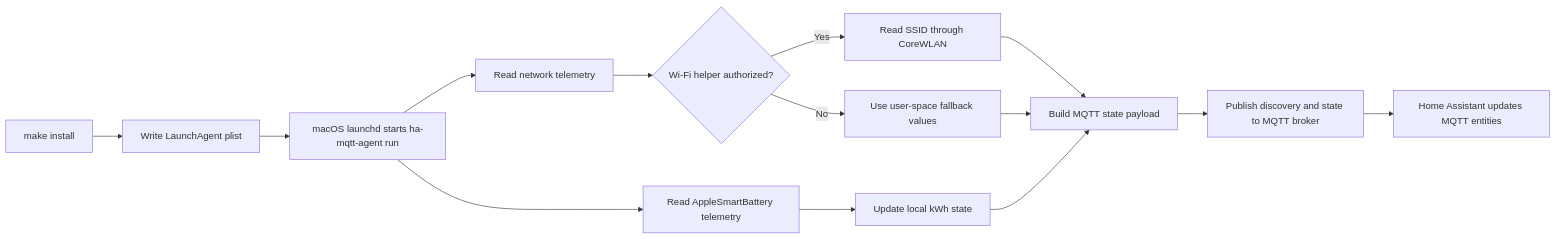
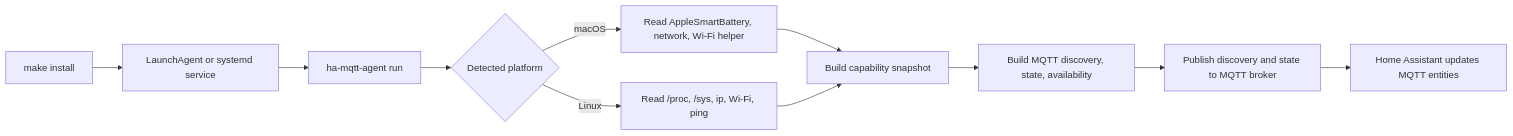
The diagram in README.md (marcomc/ha-mqtt-agent), drawn with Mermaid before and after one commit. The commit also changed other lines of this file and 30 other files, not shown here.

First line of the commit message:
Feat/clarify linux install docs (#6)

````diff
--- a/README.md
+++ b/README.md
@@ -43,18 +45,15 @@
 ```mermaid
 flowchart LR
   accTitle: Runtime telemetry flow
-  accDescr: Shows how the LaunchAgent publishes Mac telemetry to Home Assistant through MQTT.
-  install["make install"] --> plist["Write LaunchAgent plist"]
-  plist --> launchd["macOS launchd starts ha-mqtt-agent run"]
-  launchd --> battery["Read AppleSmartBattery telemetry"]
-  launchd --> network["Read network telemetry"]
-  network --> helper{"Wi-Fi helper authorized?"}
-  helper -->|Yes| ssid["Read SSID through CoreWLAN"]
-  helper -->|No| fallback["Use user-space fallback values"]
-  battery --> energy["Update local kWh state"]
-  ssid --> payload["Build MQTT state payload"]
-  fallback --> payload
-  energy --> payload
+  accDescr: Shows how the platform service publishes local telemetry to Home Assistant through MQTT.
+  install["make install"] --> service["LaunchAgent or systemd service"]
+  service --> run["ha-mqtt-agent run"]
+  run --> provider{"Detected platform"}
+  provider -->|macOS| macos["Read AppleSmartBattery, network, Wi-Fi helper"]
+  provider -->|Linux| linux["Read /proc, /sys, ip, Wi-Fi, ping"]
+  macos --> capabilities["Build capability snapshot"]
+  linux --> capabilities
+  capabilities --> payload["Build MQTT discovery, state, availability"]
   payload --> mqtt["Publish discovery and state to MQTT broker"]
   mqtt --> ha["Home Assistant updates MQTT entities"]
 ```
````
